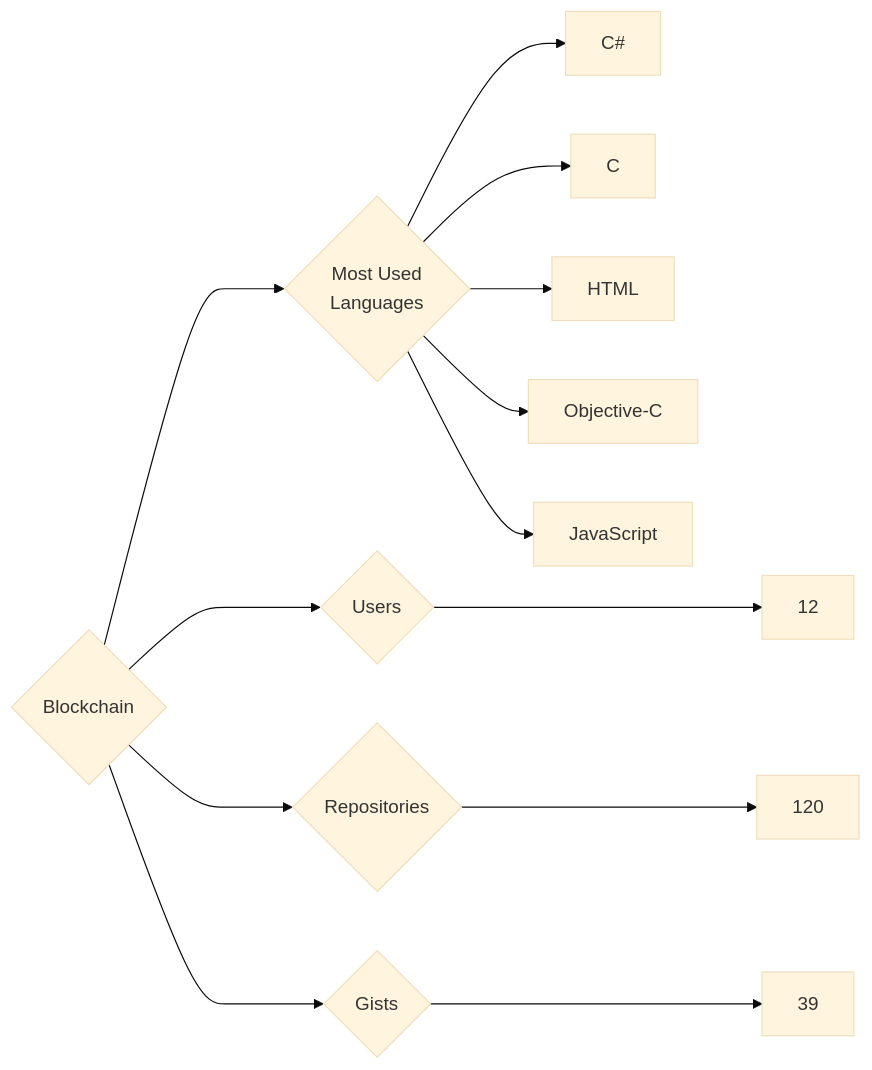
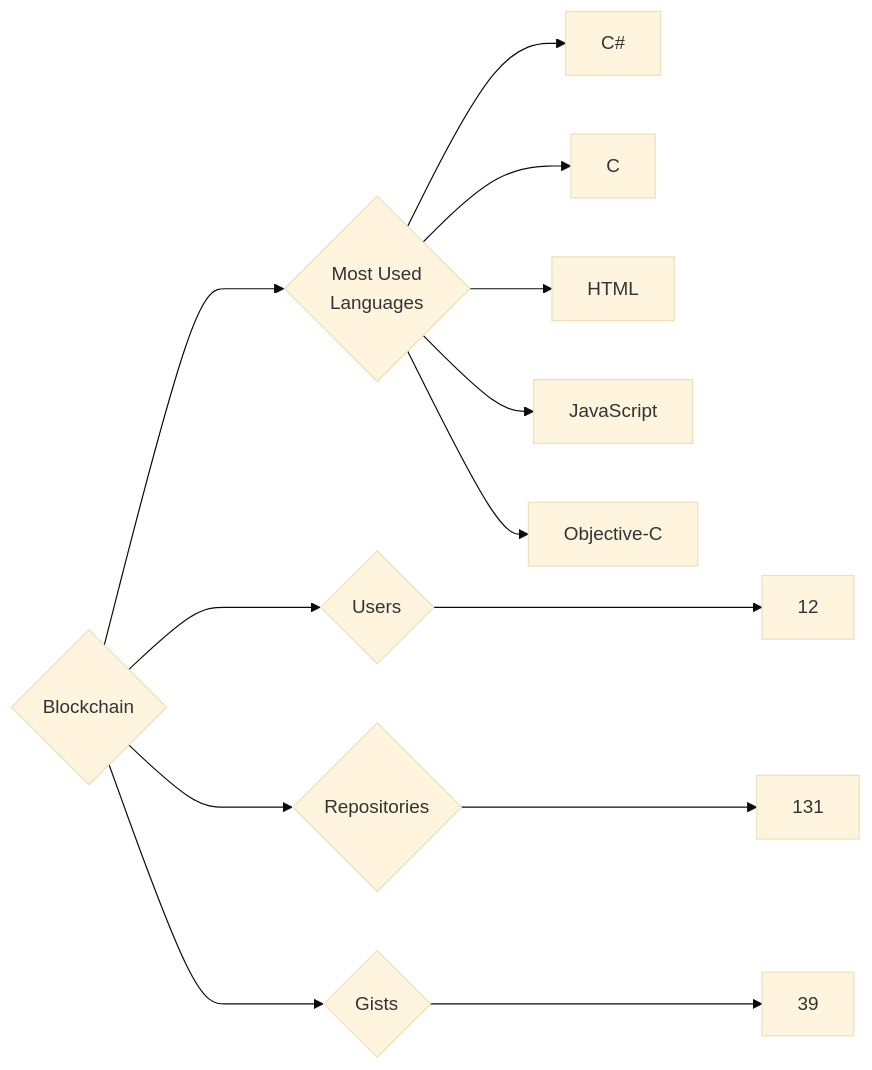
Before and after one commit to trickest/insiders: the diagram in targets/Blockchain/README.md, drawn with Mermaid (base theme). The commit also changed 1055 other files, not shown here.

````diff
--- a/targets/Blockchain/README.md
+++ b/targets/Blockchain/README.md
@@ -3,13 +3,13 @@
 ```mermaid
 graph LR
 COMPANY_NAME{Blockchain}
 COMPANY_NAME ---> U{Users} ---> UN[12]
-COMPANY_NAME ---> R{Repositories} ---> RN[120]
+COMPANY_NAME ---> R{Repositories} ---> RN[131]
 COMPANY_NAME ---> G{Gists} ---> GN[39]
 COMPANY_NAME ---> ML{Most Used<br>Languages}
 ML --> C#[C#]
 ML --> C[C]
 ML --> HTML[HTML]
+ML --> JavaScript[JavaScript]
 ML --> Objective-C[Objective-C]
-ML --> JavaScript[JavaScript]
 ```
````
